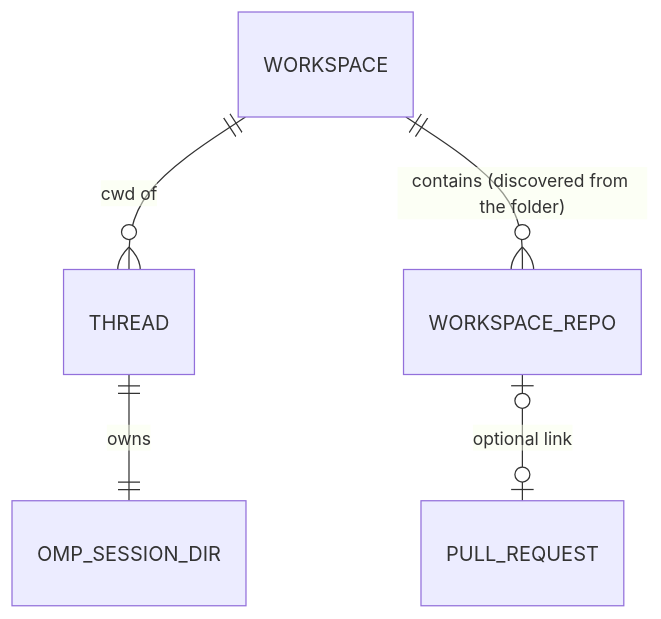
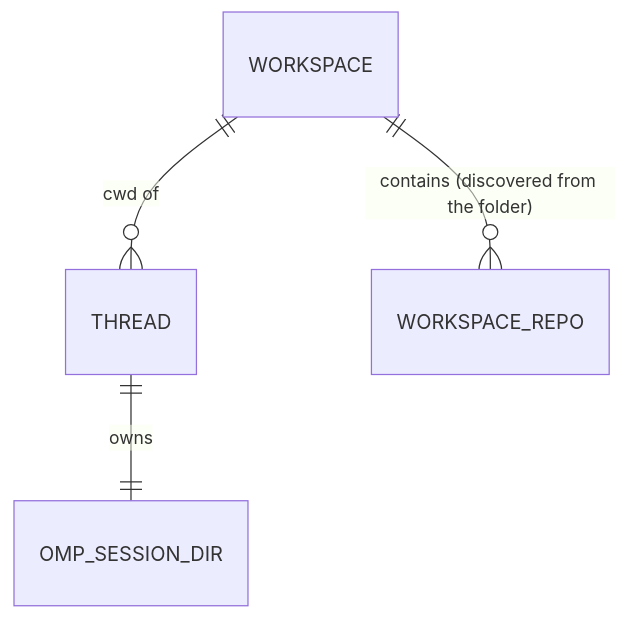
One commit to TonioGela/omfp changed the first of 3 diagrams in docs/specs/00-overview.md. Above: the diagram before and after it, drawn with Mermaid. The commit also changed other lines of this file and 257 other files, not shown here.

````diff
--- a/docs/specs/00-overview.md
+++ b/docs/specs/00-overview.md
@@ -36,7 +34,6 @@
 ```mermaid
 erDiagram
   WORKSPACE ||--o{ THREAD : "cwd of"
   WORKSPACE ||--o{ WORKSPACE_REPO : "contains (discovered from the folder)"
   THREAD ||--|| OMP_SESSION_DIR : "owns"
-  WORKSPACE_REPO |o--o| PULL_REQUEST : "optional link"
 ```
````
